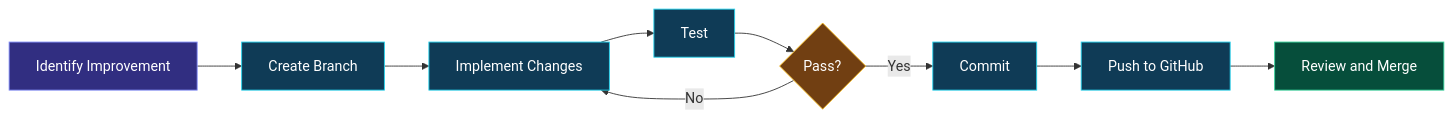
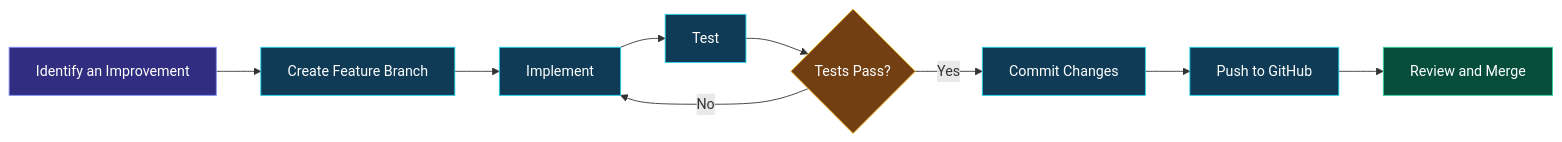
Before and after one commit to maahii-in/first-pratice-2021: the third of 4 diagrams in README.md, drawn with Mermaid. The commit also changed other lines of this file, not shown here.

````diff
--- a/README.md
+++ b/README.md
@@ -705,21 +761,21 @@
 ```mermaid
 flowchart LR
-    A["Identify Improvement"] --> B["Create Branch"]
-    B --> C["Implement Changes"]
+    A["Identify an Improvement"] --> B["Create Feature Branch"]
+    B --> C["Implement"]
     C --> D["Test"]
-    D --> E{"Pass?"}
+    D --> E{"Tests Pass?"}
     E -->|No| C
-    E -->|Yes| F["Commit"]
+    E -->|Yes| F["Commit Changes"]
     F --> G["Push to GitHub"]
     G --> H["Review and Merge"]
 
     classDef start fill:#312E81,stroke:#818CF8,color:#FFFFFF
-    classDef step fill:#0F3B56,stroke:#22D3EE,color:#FFFFFF
+    classDef process fill:#0F3B56,stroke:#22D3EE,color:#FFFFFF
     classDef decision fill:#713F12,stroke:#FBBF24,color:#FFFFFF
-    classDef done fill:#064E3B,stroke:#34D399,color:#FFFFFF
+    classDef finish fill:#064E3B,stroke:#34D399,color:#FFFFFF
 
     class A start
-    class B,C,D,F,G step
+    class B,C,D,F,G process
     class E decision
-    class H done
+    class H finish
 ```
````
